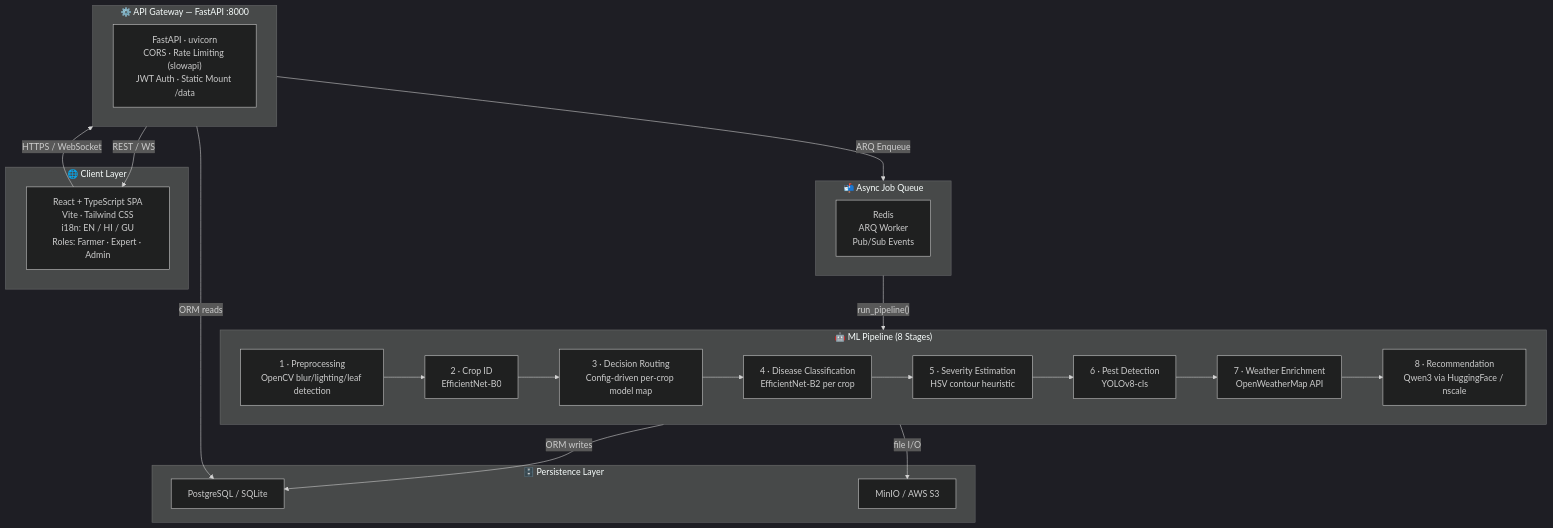
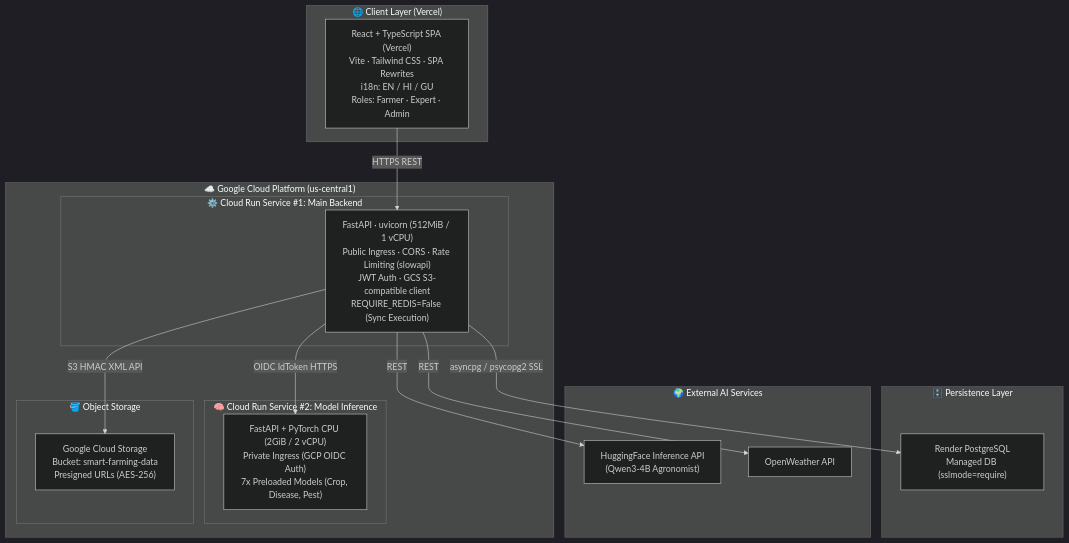
One commit to manthan2876/Smart-Farming changed the first of 11 diagrams in Docs/Architecture.md. Above: the diagram before and after it, drawn with Mermaid (dark theme). The commit also changed other lines of this file and 2 other files, not shown here.

Commit message:
docs: update architecture, deployment guide, and config reference for Cloud Run, GCS, and Vercel

````diff
--- a/Docs/Architecture.md
+++ b/Docs/Architecture.md
@@ -53,39 +53,36 @@
 ```mermaid
 flowchart TD
-    subgraph CLIENT["🌐 Client Layer"]
-        SPA["React + TypeScript SPA\nVite · Tailwind CSS\ni18n: EN / HI / GU\nRoles: Farmer · Expert · Admin"]
+    subgraph CLIENT["🌐 Client Layer (Vercel)"]
+        SPA["React + TypeScript SPA (Vercel)\nVite · Tailwind CSS · SPA Rewrites\ni18n: EN / HI / GU\nRoles: Farmer · Expert · Admin"]
     end
 
-    subgraph GATEWAY["⚙️ API Gateway — FastAPI :8000"]
-        API["FastAPI · uvicorn\nCORS · Rate Limiting (slowapi)\nJWT Auth · Static Mount /data"]
-    end
+    subgraph GCP["☁️ Google Cloud Platform (us-central1)"]
+        subgraph GATEWAY["⚙️ Cloud Run Service #1: Main Backend"]
+            API["FastAPI · uvicorn (512MiB / 1 vCPU)\nPublic Ingress · CORS · Rate Limiting (slowapi)\nJWT Auth · GCS S3-compatible client\nREQUIRE_REDIS=False (Sync Execution)"]
+        end
 
-    subgraph QUEUE["📬 Async Job Queue"]
-        REDIS["Redis\nARQ Worker\nPub/Sub Events"]
-    end
+        subgraph INFERENCE["🧠 Cloud Run Service #2: Model Inference"]
+            INF["FastAPI + PyTorch CPU (2GiB / 2 vCPU)\nPrivate Ingress (GCP OIDC Auth)\n7x Preloaded Models (Crop, Disease, Pest)"]
+        end
 
-    subgraph PIPELINE["🤖 ML Pipeline (8 Stages)"]
-        P1["1 · Preprocessing\nOpenCV blur/lighting/leaf detection"]
-        P2["2 · Crop ID\nEfficientNet-B0"]
-        P3["3 · Decision Routing\nConfig-driven per-crop model map"]
-        P4["4 · Disease Classification\nEfficientNet-B2 per crop"]
-        P5["5 · Severity Estimation\nHSV contour heuristic"]
-        P6["6 · Pest Detection\nYOLOv8-cls"]
-        P7["7 · Weather Enrichment\nOpenWeatherMap API"]
-        P8["8 · Recommendation\nQwen3 via HuggingFace / nscale"]
-        P1 --> P2 --> P3 --> P4 --> P5 --> P6 --> P7 --> P8
+        subgraph OBJ["🪣 Object Storage"]
+            GCS["Google Cloud Storage\nBucket: smart-farming-data\nPresigned URLs (AES-256)"]
+        end
     end
 
     subgraph PERSIST["🗄️ Persistence Layer"]
-        DB["PostgreSQL / SQLite"]
-        OBJ["MinIO / AWS S3"]
+        DB["Render PostgreSQL\nManaged DB (sslmode=require)"]
     end
 
-    SPA -- "HTTPS / WebSocket" --> GATEWAY
-    GATEWAY -- "REST / WS" --> SPA
-    GATEWAY -- "ARQ Enqueue" --> QUEUE
-    QUEUE -- "run_pipeline()" --> PIPELINE
-    PIPELINE -- "ORM writes" --> DB
-    PIPELINE -- "file I/O" --> OBJ
-    GATEWAY -- "ORM reads" --> DB
+    subgraph EXTERNAL["🌍 External AI Services"]
+        HF["HuggingFace Inference API\n(Qwen3-4B Agronomist)"]
+        OWM["OpenWeather API"]
+    end
+
+    SPA -- "HTTPS REST" --> API
+    API -- "OIDC IdToken HTTPS" --> INF
+    API -- "S3 HMAC XML API" --> GCS
+    API -- "asyncpg / psycopg2 SSL" --> DB
+    API -- "REST" --> HF
+    API -- "REST" --> OWM
 ```
````
